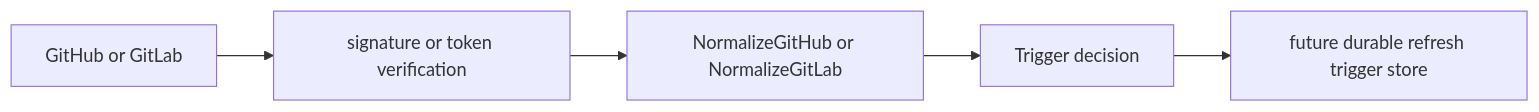
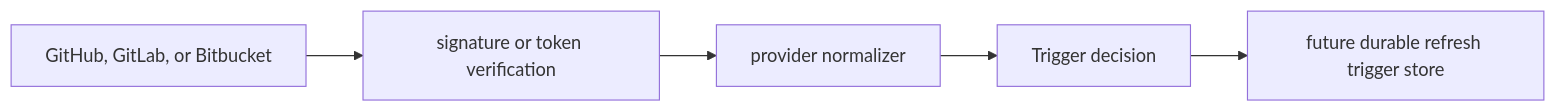
The diagram in go/internal/webhook/README.md (eshu-hq/eshu), drawn with Mermaid before and after one commit. The commit also changed other lines of this file and 35 other files, not shown here.

Commit message:
feat(webhook): add bitbucket provider intake

````diff
--- a/go/internal/webhook/README.md
+++ b/go/internal/webhook/README.md
@@ -14,7 +14,7 @@
 ```mermaid
 flowchart LR
-  Provider["GitHub or GitLab"] --> Verify["signature or token verification"]
-  Verify --> Normalize["NormalizeGitHub or NormalizeGitLab"]
+  Provider["GitHub, GitLab, or Bitbucket"] --> Verify["signature or token verification"]
+  Verify --> Normalize["provider normalizer"]
   Normalize --> Trigger["Trigger decision"]
   Trigger --> Durable["future durable refresh trigger store"]
 ```
````
